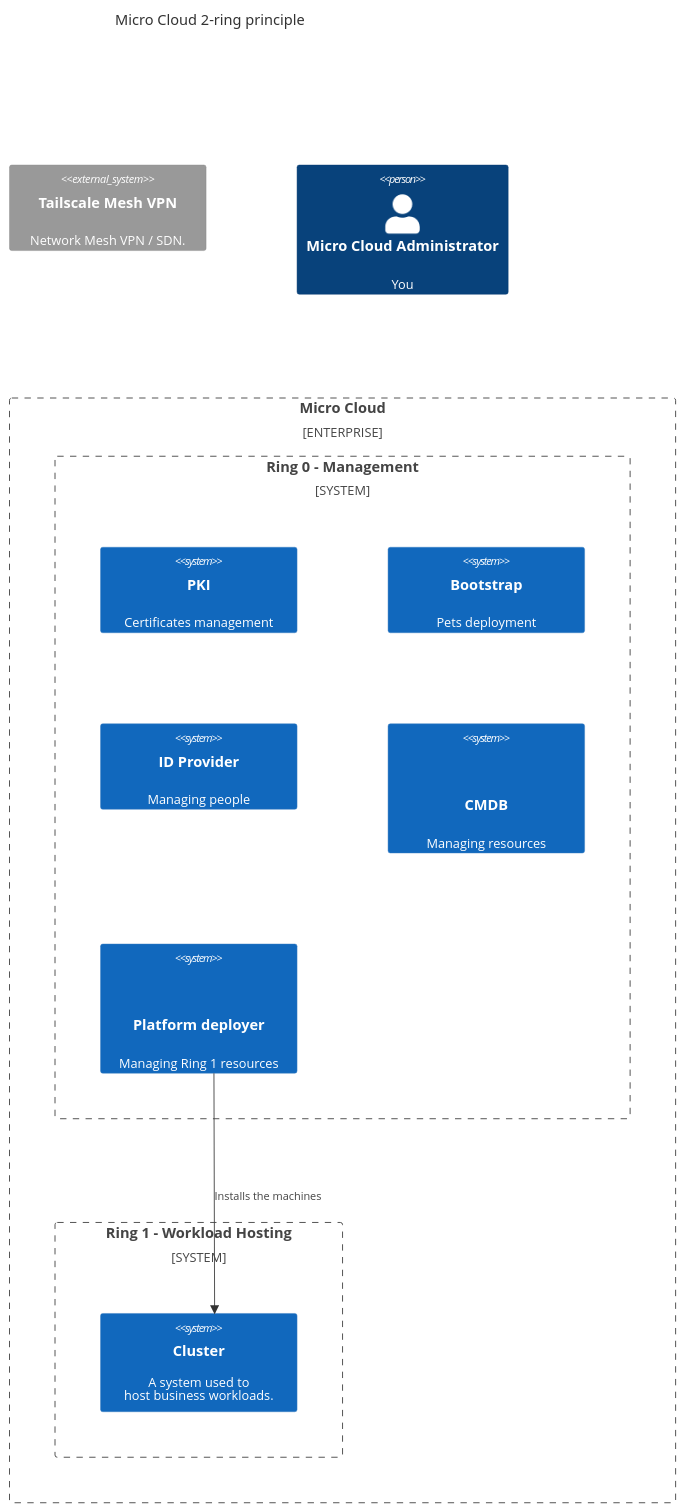
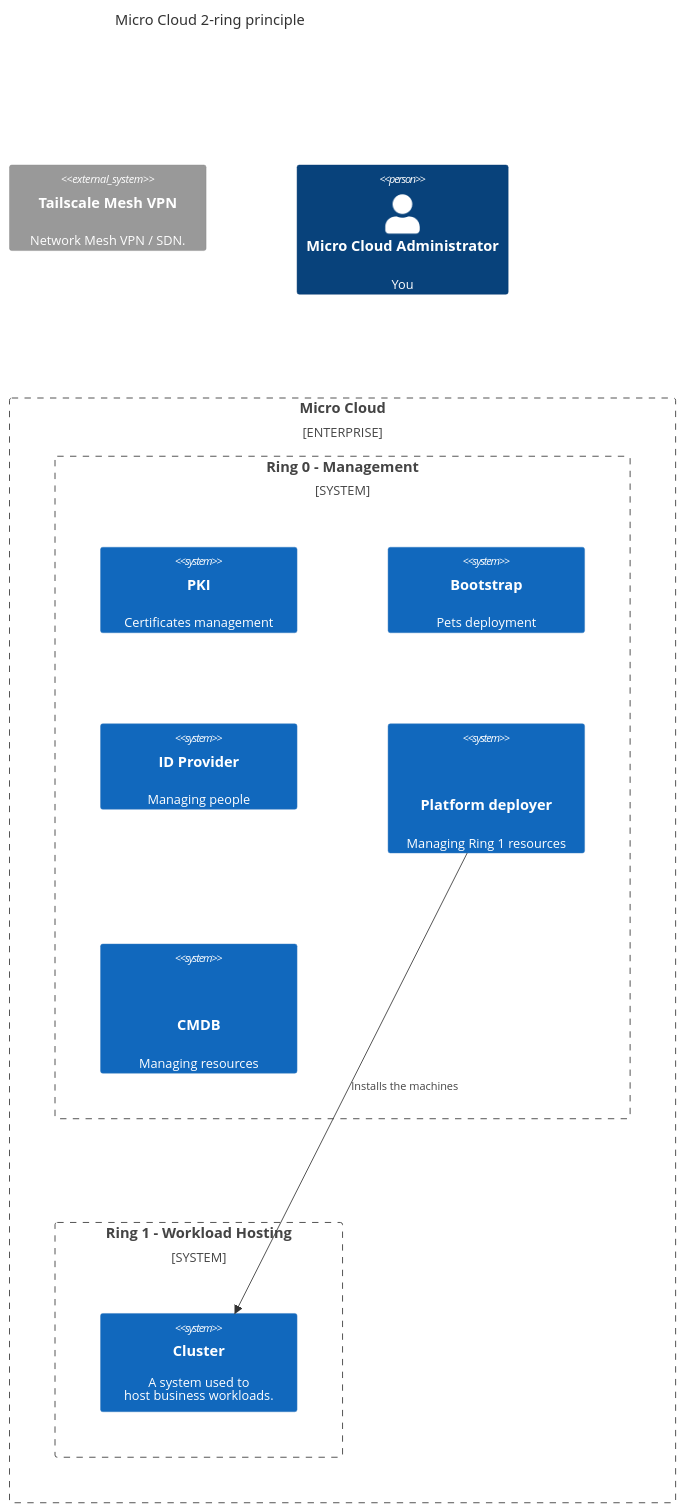
One commit to mgrzybek/micro-cloud changed the second of 2 diagrams in README.md. Above: the diagram before and after it, drawn with Mermaid. The commit also changed other lines of this file, not shown here.

````diff
--- a/README.md
+++ b/README.md
@@ -13,26 +33,26 @@
 ```mermaid
 C4Context
 title Micro Cloud 2-ring principle
 
 System_Ext(mesh, "Tailscale Mesh VPN", "Network Mesh VPN / SDN.")
 Person(admin, "Micro Cloud Administrator", "You")
 
 Enterprise_Boundary(mdc, "Micro Cloud") {
 
     System_Boundary(ring0, "Ring 0 - Management") {
         System(pki, "PKI", "Certificates management")
         System(bootstrap, "Bootstrap", "Pets deployment")
         System(id, "ID Provider", "Managing people")
+        System(deployment, "Platform deployer", "Managing Ring 1 resources", "Bare Metal as a Service")
         System(dcim, "CMDB", "Managing resources", "DCIM, IPAM")
-        System(deployment, "Platform deployer", "Managing Ring 1 resources", "Bare Metal as a Service")
     }
 
     System_Boundary(ring1, "Ring 1 - Workload Hosting") {
         System(cluster, "Cluster", "A system used to <br>host business workloads.")
     }
 }
 
 Rel(deployment, cluster, "Installs the machines")
 
 UpdateLayoutConfig($c4ShapeInRow="3", $c4BoundaryInRow="1")
 ```
````
